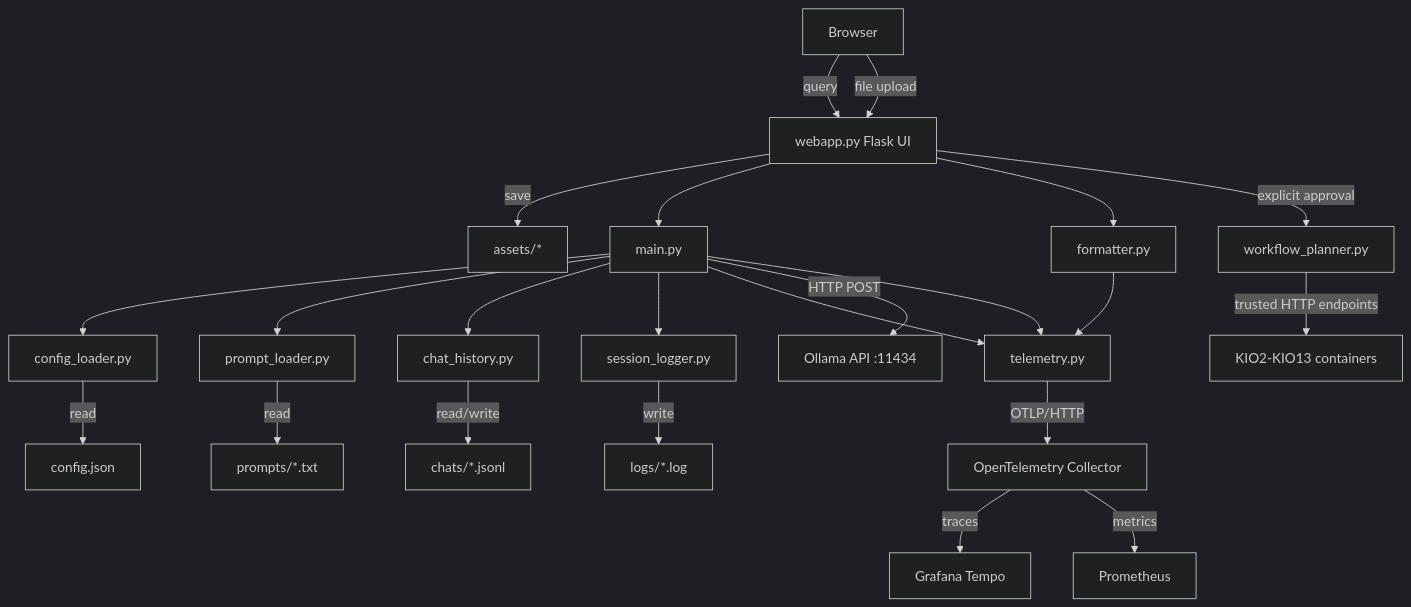
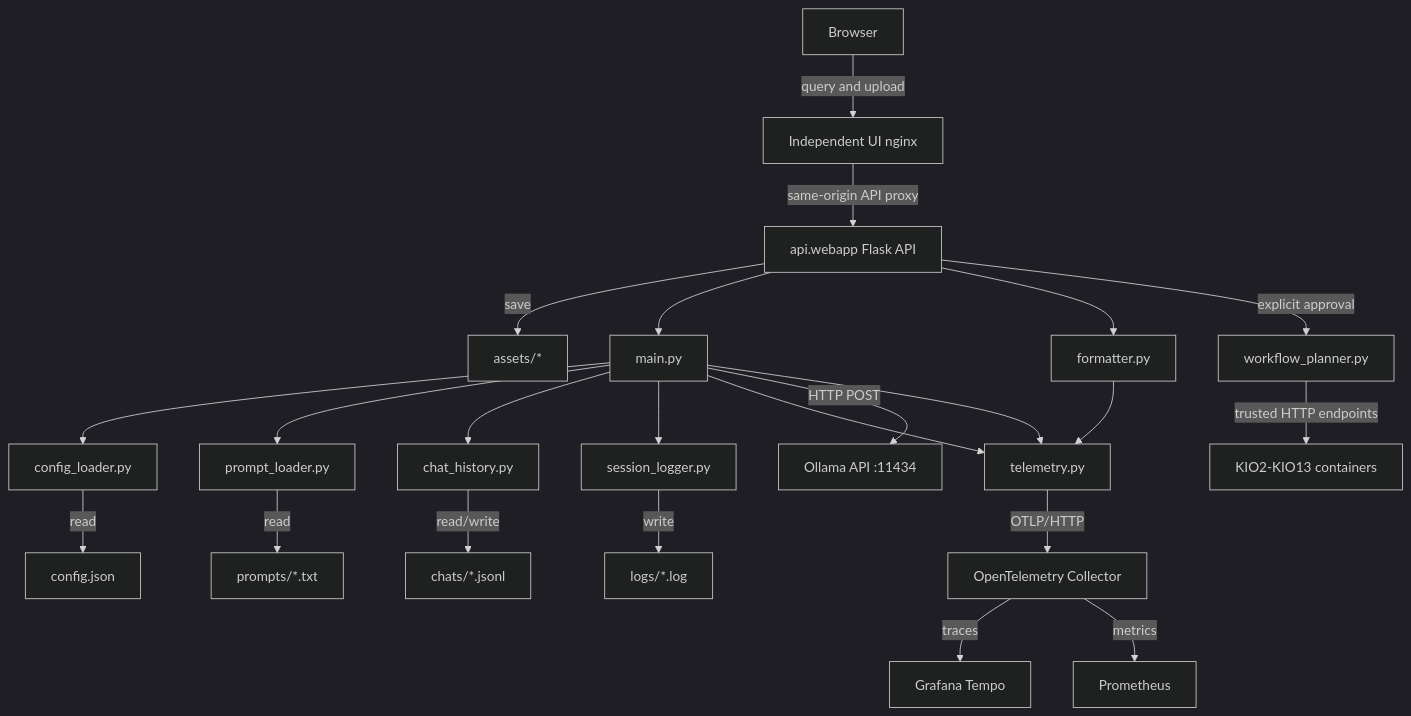
One commit to ai4sweng/kio1.orchestrator changed the diagram in docs/architecture.md. Above: the diagram before and after it, drawn with Mermaid (dark theme). The commit also changed other lines of this file and 33 other files, not shown here.

````diff
--- a/docs/architecture.md
+++ b/docs/architecture.md
@@ -9,25 +9,25 @@
 ```mermaid
 graph TD
-    User[Browser] -->|query| WebApp[webapp.py Flask UI]
-    User -->|file upload| WebApp
+    User[Browser] -->|query and upload| UI[Independent UI nginx]
+    UI -->|same-origin API proxy| WebApp[api.webapp Flask API]
     WebApp -->|save| Assets[assets/*]
     WebApp --> Main[main.py]
     Main --> ConfigLoader[config_loader.py]
     Main --> PromptLoader[prompt_loader.py]
     Main --> ChatHistory[chat_history.py]
     WebApp --> Formatter[formatter.py]
     WebApp -->|explicit approval| Planner[workflow_planner.py]
     Planner -->|trusted HTTP endpoints| Agents[KIO2-KIO13 containers]
     Main --> SessionLogger[session_logger.py]
     Main --> Telemetry[telemetry.py]
     Main -->|HTTP POST| Ollama[Ollama API :11434]
     SessionLogger -->|write| LogFiles[logs/*.log]
     ChatHistory -->|read/write| ChatFiles[chats/*.jsonl]
     ConfigLoader -->|read| ConfigFile[config.json]
     PromptLoader -->|read| PromptFile[prompts/*.txt]
     Formatter --> Telemetry
     Main --> Telemetry
     Telemetry -->|OTLP/HTTP| Collector[OpenTelemetry Collector]
     Collector -->|traces| Tempo[Grafana Tempo]
     Collector -->|metrics| Prometheus[Prometheus]
 ```
````
